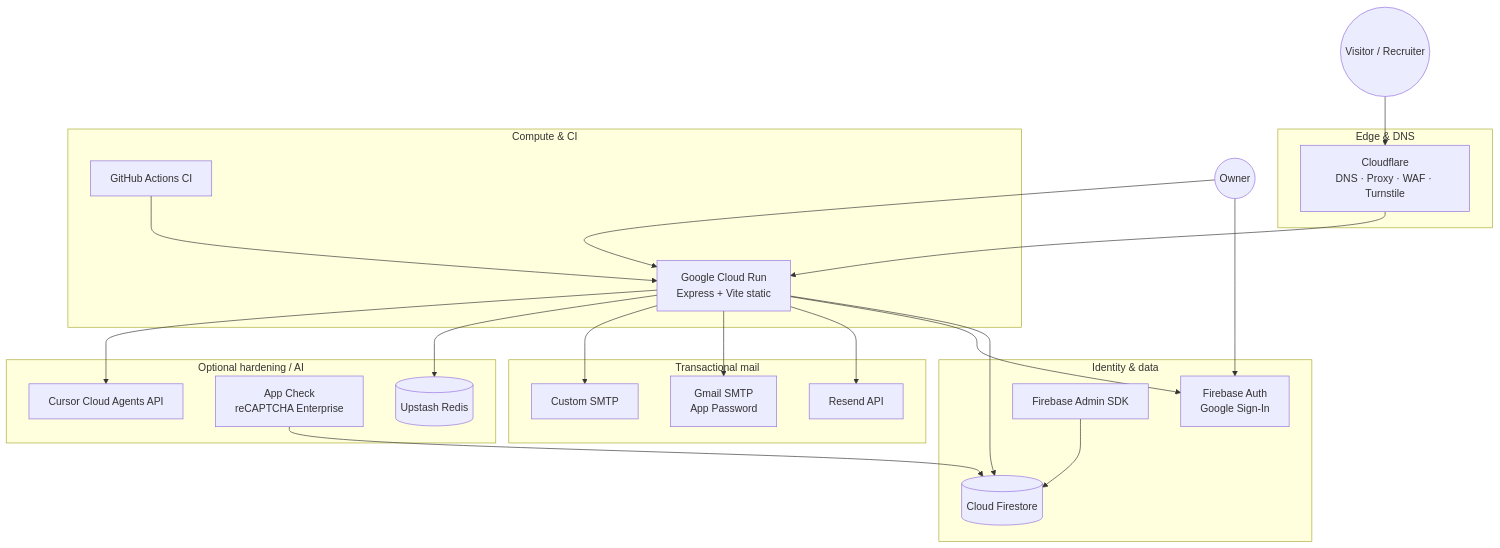
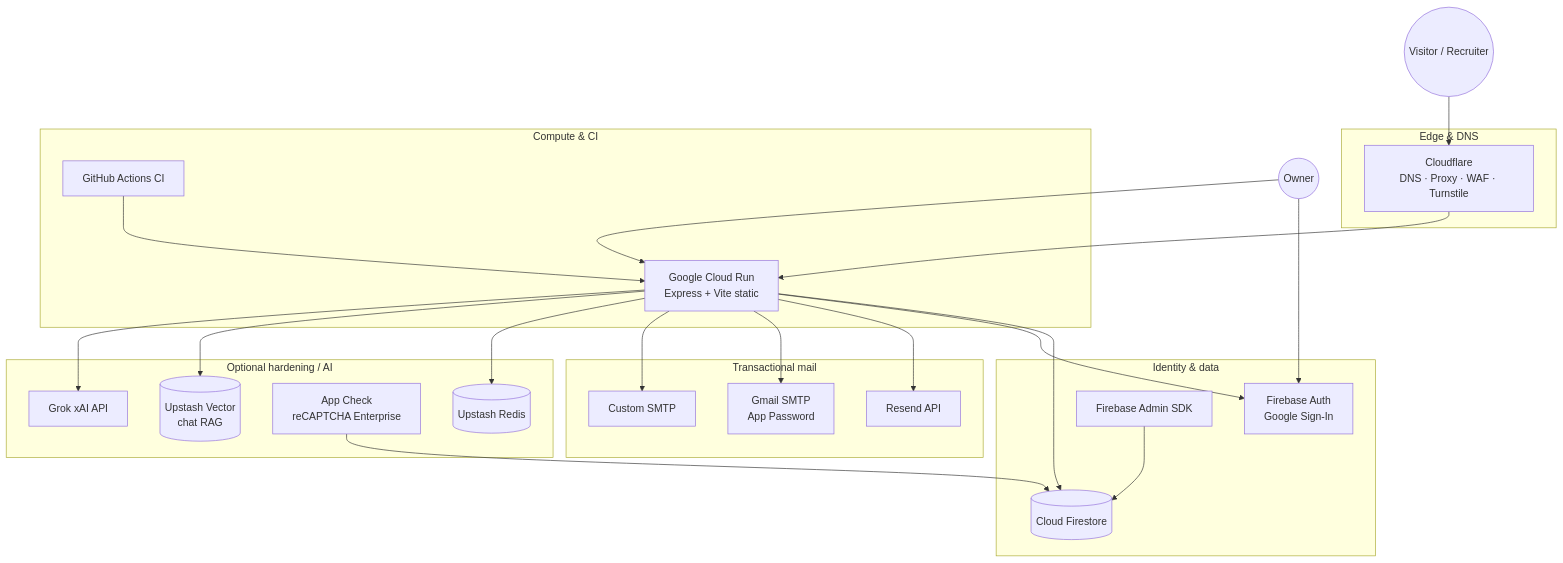
The first of 5 diagrams in docs/EXTERNAL_TOOLS_AND_COSTS.md (mosufyan/sufyan-portfolio), drawn with Mermaid before and after one commit. The commit also changed other lines of this file and 78 other files, not shown here.

First line of the commit message:
feat: ship Grok+Vector chat, CI security gates, and v1.0.0 hardening

````diff
--- a/docs/EXTERNAL_TOOLS_AND_COSTS.md
+++ b/docs/EXTERNAL_TOOLS_AND_COSTS.md
@@ -13,46 +13,48 @@
 ```mermaid
 flowchart TB
   Visitor((Visitor / Recruiter))
   Owner((Owner))
 
   subgraph Edge["Edge & DNS"]
     CF[Cloudflare<br/>DNS · Proxy · WAF · Turnstile]
   end
 
   subgraph Compute["Compute & CI"]
     CR[Google Cloud Run<br/>Express + Vite static]
     GH[GitHub Actions CI]
   end
 
   subgraph IdentityData["Identity & data"]
     FA[Firebase Auth<br/>Google Sign-In]
     FS[(Cloud Firestore)]
     Admin[Firebase Admin SDK]
   end
 
   subgraph Mail["Transactional mail"]
     Resend[Resend API]
     Gmail[Gmail SMTP<br/>App Password]
     SMTP[Custom SMTP]
   end
 
   subgraph Optional["Optional hardening / AI"]
     Redis[(Upstash Redis)]
+    Vector[(Upstash Vector<br/>chat RAG)]
     AppCheck[App Check<br/>reCAPTCHA Enterprise]
-    Cursor[Cursor Cloud Agents API]
+    Grok[Grok xAI API]
   end
 
   Visitor --> CF --> CR
   Owner --> FA
   Owner --> CR
   CR --> FS
   CR --> FA
   CR --> Resend
   CR --> Gmail
   CR --> SMTP
   CR --> Redis
-  CR --> Cursor
+  CR --> Vector
+  CR --> Grok
   Admin --> FS
   AppCheck --> FS
   GH --> CR
 ```
````
